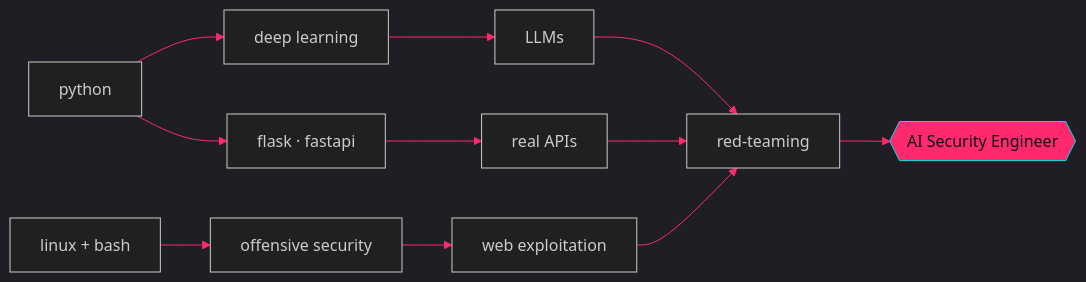
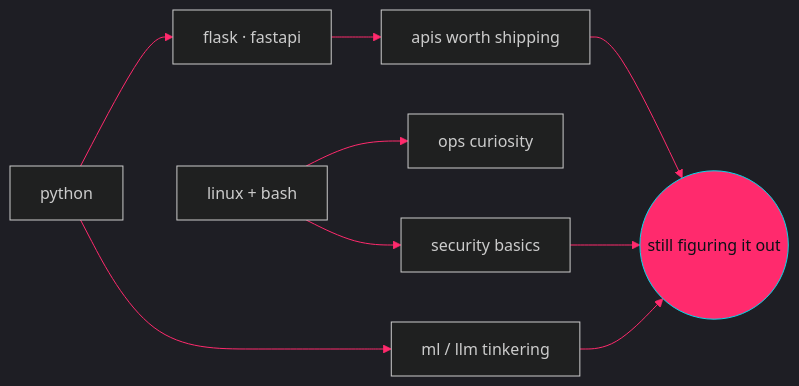
One commit to GodSagar007/GodSagar007 changed the diagram in README.md. Above: the diagram before and after it, drawn with Mermaid. The commit also changed other lines of this file, not shown here.

````diff
--- a/README.md
+++ b/README.md
@@ -105,15 +99,13 @@
 ```mermaid
 %%{init: {'theme':'dark', 'themeVariables': {'primaryColor':'#1a0b2e','primaryTextColor':'#05d9e8','primaryBorderColor':'#ff2a6d','lineColor':'#ff2a6d','secondaryColor':'#0d1117','tertiaryColor':'#16213e'}}}%%
 graph LR
-    PY[python] --> ML[deep learning]
-    PY --> WEB[flask · fastapi]
-    LX[linux + bash] --> SEC[offensive security]
-    WEB --> APIS[real APIs]
-    SEC --> WX[web exploitation]
-    ML --> LLM[LLMs]
-    LLM --> RED[red-teaming]
-    WX --> RED
-    APIS --> RED
-    RED --> GOAL{{AI Security Engineer}}
-    style GOAL fill:#ff2a6d,stroke:#05d9e8,color:#0d1117
+    PY[python] --> WEB[flask · fastapi]
+    PY --> ML[ml / llm tinkering]
+    LX[linux + bash] --> OPS[ops curiosity]
+    WEB --> APIS[apis worth shipping]
+    LX --> SEC[security basics]
+    APIS --> END((still figuring it out))
+    SEC --> END
+    ML --> END
+    style END fill:#ff2a6d,stroke:#05d9e8,color:#0d1117
 ```
````
